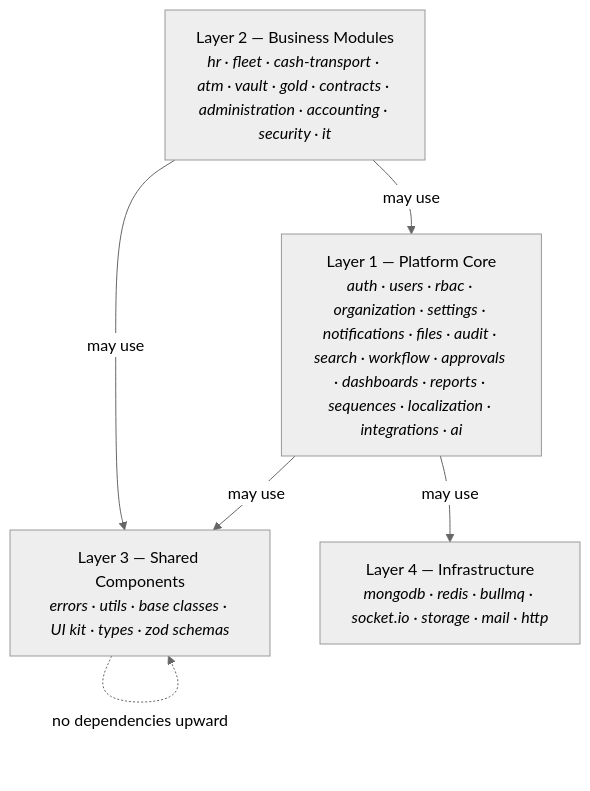
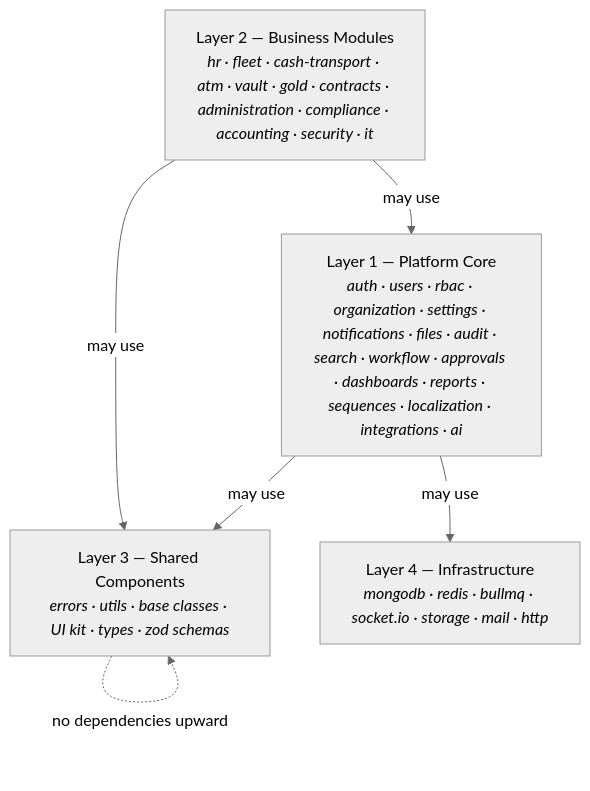
Before and after one commit to egycashcompany-ops/egycash: the first of 2 diagrams in docs/01-business/module-hierarchy.md, drawn with Mermaid (neutral theme). The commit also changed other lines of this file and 31 other files, not shown here.

````diff
--- a/docs/01-business/module-hierarchy.md
+++ b/docs/01-business/module-hierarchy.md
@@ -10,13 +10,13 @@
 ```mermaid
 flowchart TB
-    L2["Layer 2 — Business Modules<br/><i>hr · fleet · cash-transport · atm · vault · gold · contracts · administration · accounting · security · it</i>"]
+    L2["Layer 2 — Business Modules<br/><i>hr · fleet · cash-transport · atm · vault · gold · contracts · administration · compliance · accounting · security · it</i>"]
     L1["Layer 1 — Platform Core<br/><i>auth · users · rbac · organization · settings · notifications · files · audit · search · workflow · approvals · dashboards · reports · sequences · localization · integrations · ai</i>"]
     L3["Layer 3 — Shared Components<br/><i>errors · utils · base classes · UI kit · types · zod schemas</i>"]
     L4["Layer 4 — Infrastructure<br/><i>mongodb · redis · bullmq · socket.io · storage · mail · http</i>"]
 
     L2 -->|"may use"| L1
     L2 -->|"may use"| L3
     L1 -->|"may use"| L3
     L1 -->|"may use"| L4
     L3 -.->|"no dependencies upward"| L3
 ```
````
